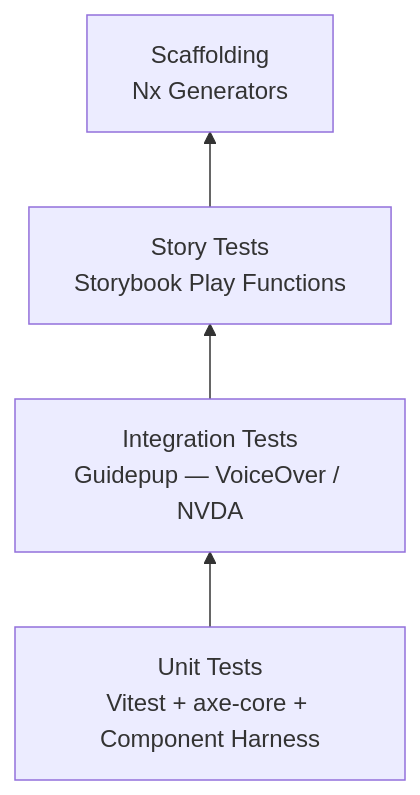
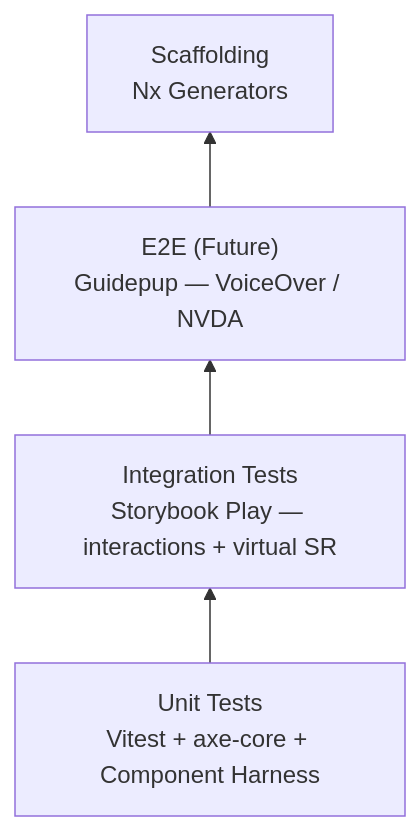
One commit to AdrianRomanski/angular-comic-store changed the diagram in README.md. Above: the diagram before and after it, drawn with Mermaid. The commit also changed other lines of this file and 7 other files, not shown here.

````diff
--- a/README.md
+++ b/README.md
@@ -19,9 +19,9 @@
 ```mermaid
 graph BT
     Unit["Unit Tests\nVitest + axe-core + Component Harness"]
-    Integration["Integration Tests\nGuidepup — VoiceOver / NVDA"]
-    E2E["Story Tests\nStorybook Play Functions"]
+    Integration["Integration Tests\nStorybook Play — interactions + virtual SR"]
+    E2E["E2E (Future)\nGuidepup — VoiceOver / NVDA"]
     Generators["Scaffolding\nNx Generators"]
 
     Unit --> Integration --> E2E --> Generators
 ```
````
